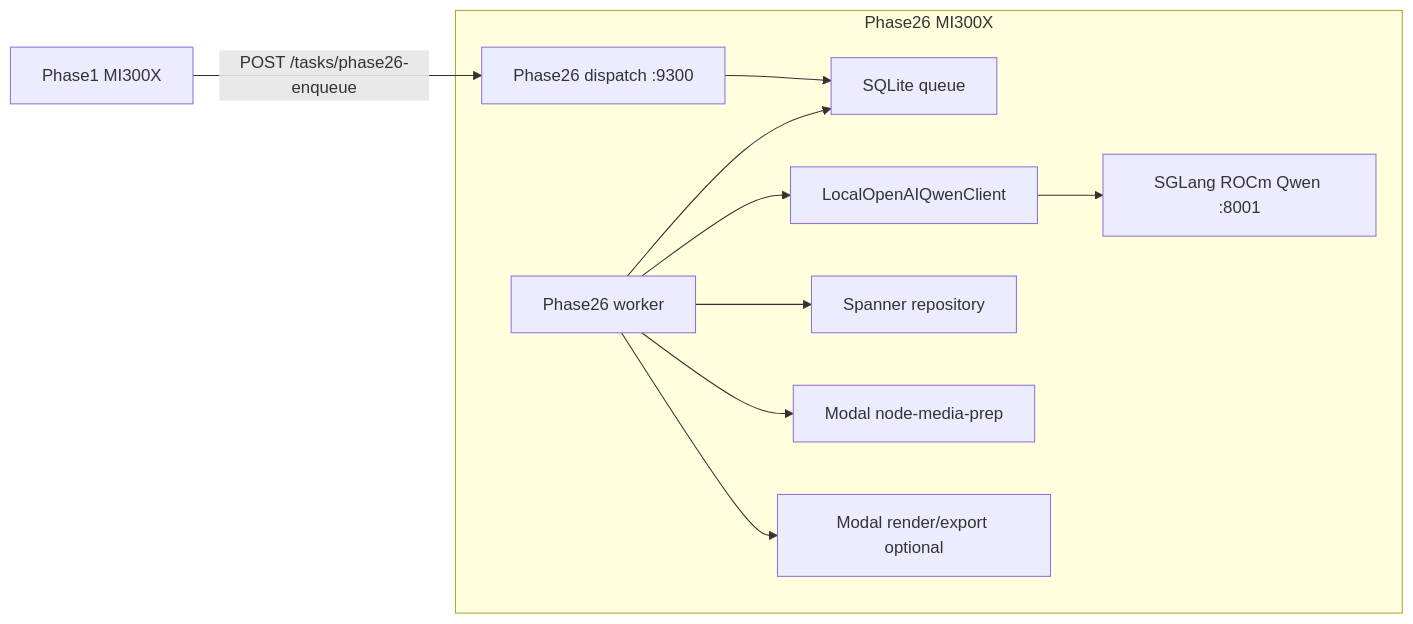
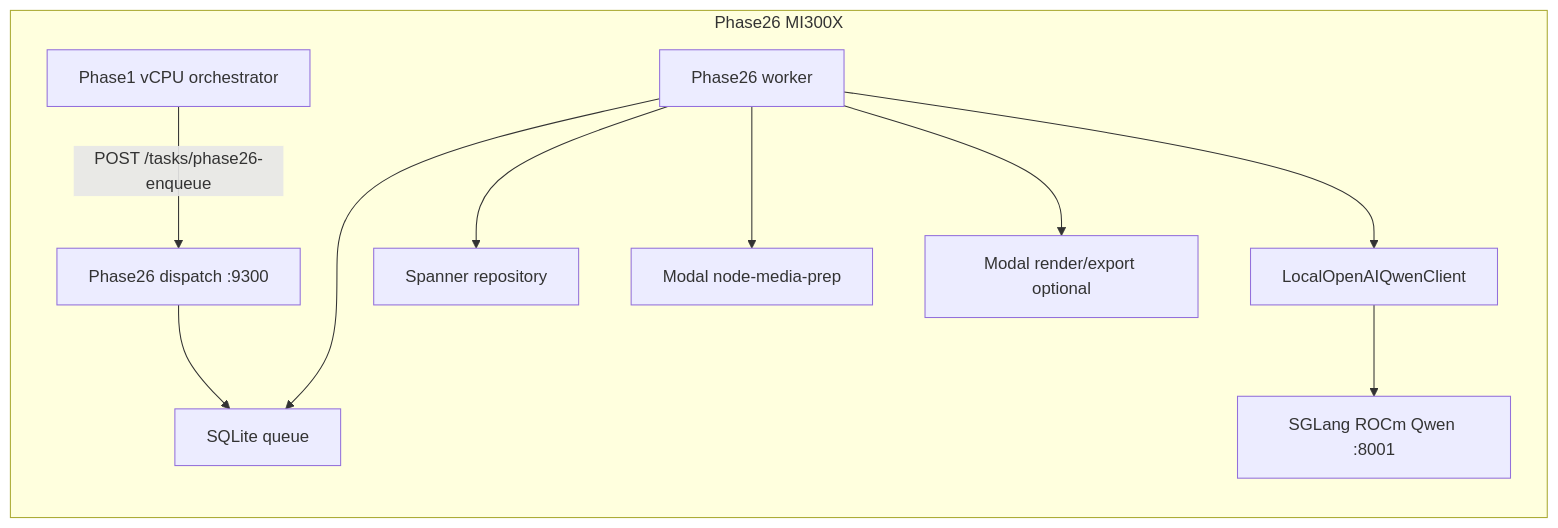
One commit to ClyptAI/Clypt-Backend changed the first of 5 diagrams in docs/specs/2026-05-02_phase26_amd_mi300x_sglang_qwen_spec.md. Above: the diagram before and after it, drawn with Mermaid. The commit also changed other lines of this file and 139 other files, not shown here.

````diff
--- a/docs/specs/2026-05-02_phase26_amd_mi300x_sglang_qwen_spec.md
+++ b/docs/specs/2026-05-02_phase26_amd_mi300x_sglang_qwen_spec.md
@@ -69,13 +69,13 @@
 ```mermaid
 flowchart LR
-  P1["Phase1 MI300X"] -->|POST /tasks/phase26-enqueue| D["Phase26 dispatch :9300"]
   subgraph P26["Phase26 MI300X"]
+    P1["Phase1 vCPU orchestrator"] -->|POST /tasks/phase26-enqueue| D["Phase26 dispatch :9300"]
     D --> Q["SQLite queue"]
     W["Phase26 worker"] --> Q
     W --> LLM["LocalOpenAIQwenClient"]
     LLM --> SG["SGLang ROCm Qwen :8001"]
     W --> SP["Spanner repository"]
     W --> MOD["Modal node-media-prep"]
     W --> RENDER["Modal render/export optional"]
   end
 ```
````
